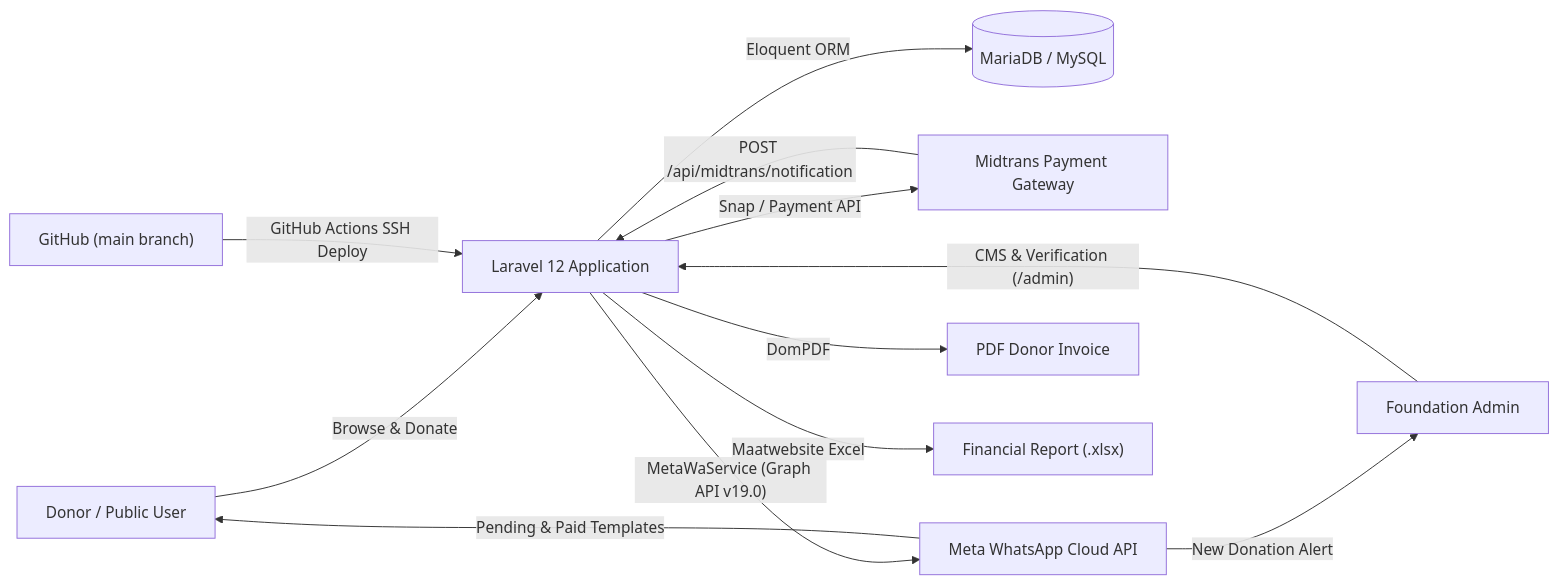
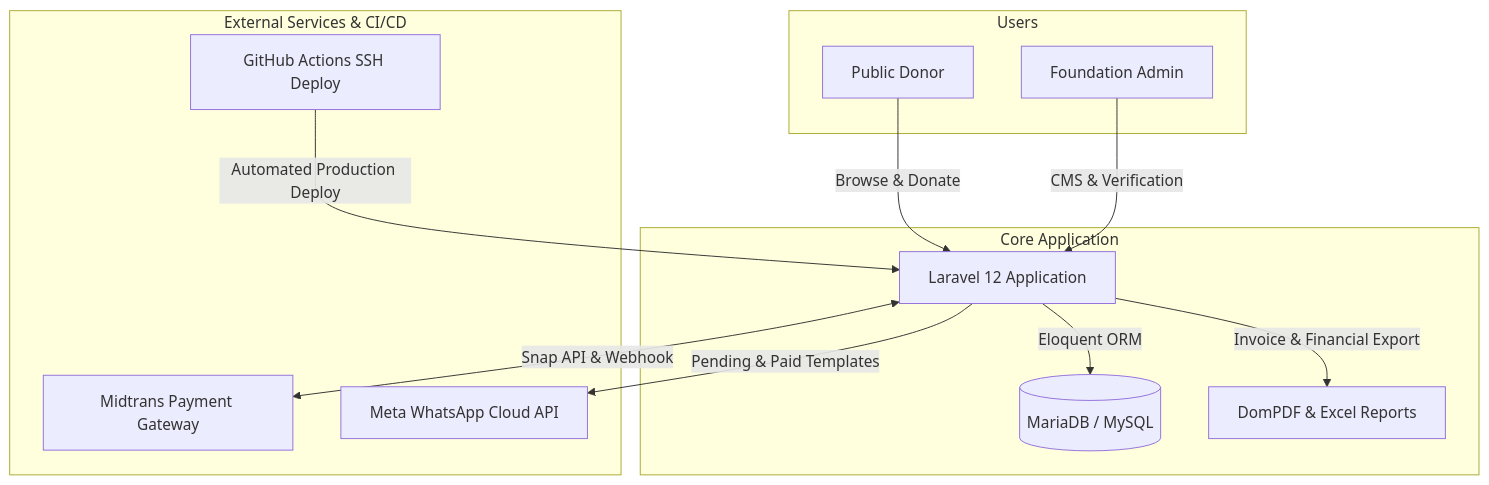
One commit to isamsd26/donasi-yayasan-case-study changed the first of 3 diagrams in README.md. Above: the diagram before and after it, drawn with Mermaid.

Commit message:
docs: fix System Architecture Mermaid diagram layout for GitHub

````diff
--- a/README.md
+++ b/README.md
@@ -37,18 +37,27 @@
 ```mermaid
-flowchart LR
-    Donor["Donor / Public User"] -->|"Browse & Donate"| App["Laravel 12 Application"]
-    Admin["Foundation Admin"] -->|"CMS & Verification (/admin)"| App
+flowchart TD
+    subgraph Clients["Users"]
+        Donor["Public Donor"]
+        Admin["Foundation Admin"]
+    end
 
-    App -->|"Eloquent ORM"| DB[("MariaDB / MySQL")]
-    App -->|"Snap / Payment API"| Midtrans["Midtrans Payment Gateway"]
-    Midtrans -->|"POST /api/midtrans/notification"| App
+    subgraph Core["Core Application"]
+        App["Laravel 12 Application"]
+        DB[("MariaDB / MySQL")]
+        Reports["DomPDF & Excel Reports"]
+    end
 
-    App -->|"MetaWaService (Graph API v19.0)"| MetaWA["Meta WhatsApp Cloud API"]
-    MetaWA -->|"Pending & Paid Templates"| Donor
-    MetaWA -->|"New Donation Alert"| Admin
+    subgraph External["External Services & CI/CD"]
+        Midtrans["Midtrans Payment Gateway"]
+        MetaWA["Meta WhatsApp Cloud API"]
+        GitHub["GitHub Actions SSH Deploy"]
+    end
 
-    App -->|"DomPDF"| Invoice["PDF Donor Invoice"]
-    App -->|"Maatwebsite Excel"| Excel["Financial Report (.xlsx)"]
-
-    GitHub["GitHub (main branch)"] -->|"GitHub Actions SSH Deploy"| App
+    Donor -->|Browse & Donate| App
+    Admin -->|CMS & Verification| App
+    App -->|Eloquent ORM| DB
+    App -->|Invoice & Financial Export| Reports
+    App <-->|Snap API & Webhook| Midtrans
+    App -->|Pending & Paid Templates| MetaWA
+    GitHub -->|Automated Production Deploy| App
 ```
````
